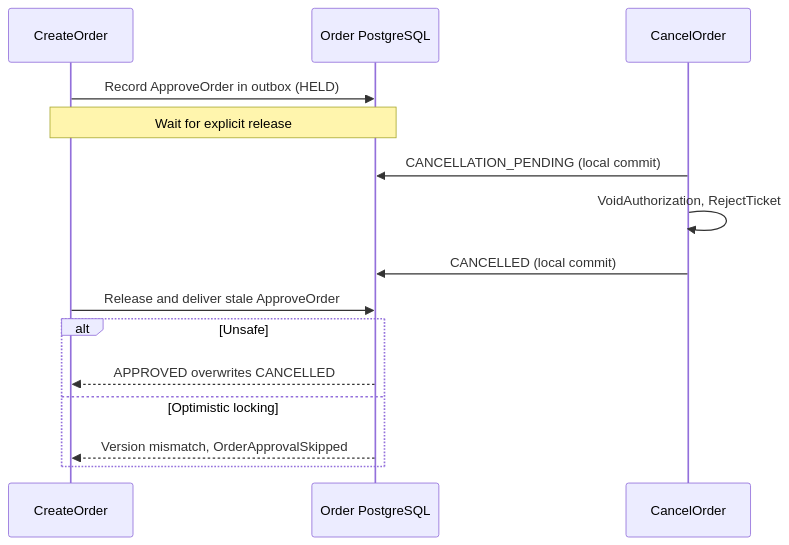
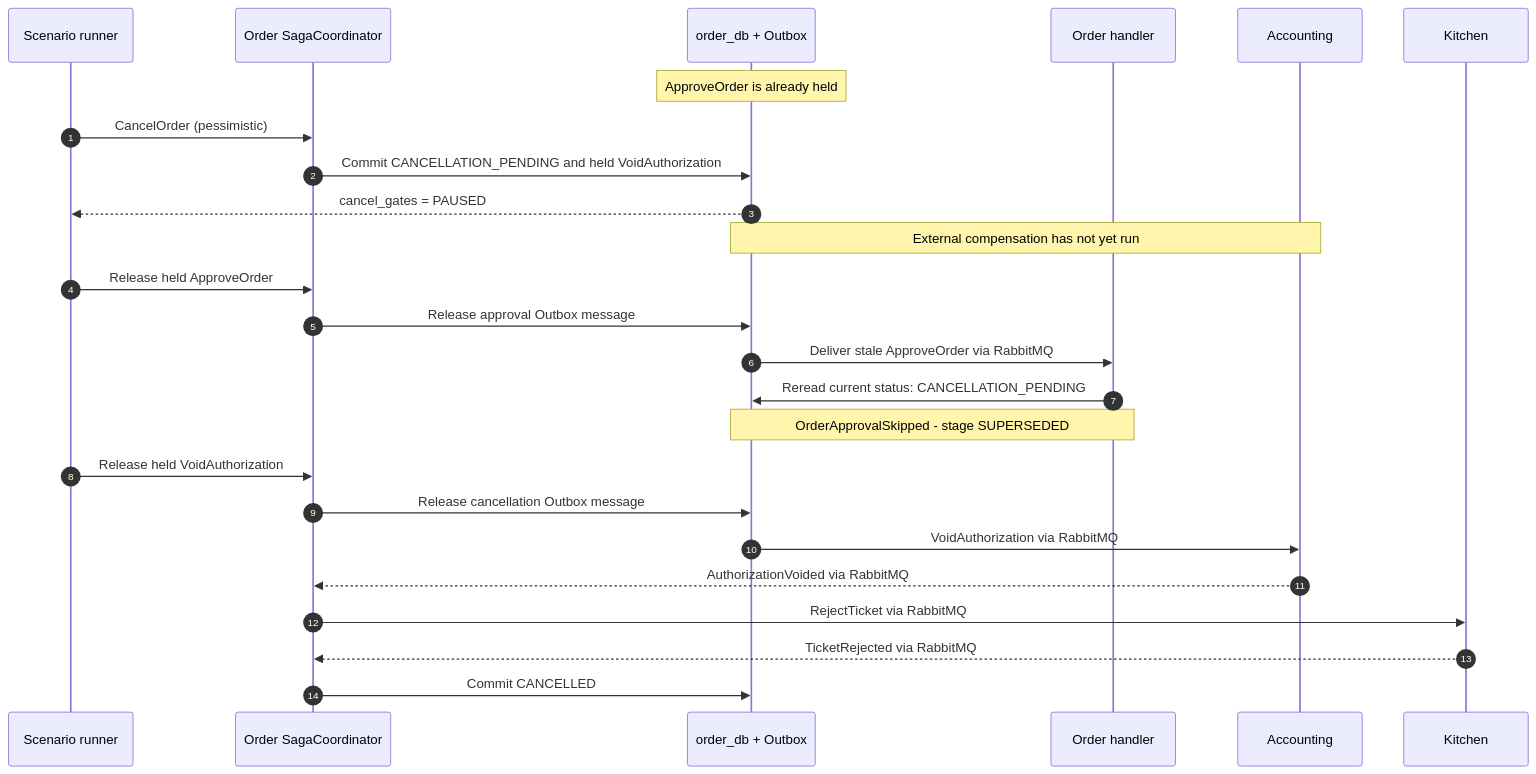
One commit to saverioieva/information-systems-design-big-data-examples changed the seventh of 8 diagrams in microservices-coordination-and-orchestration/saga-isolation/README.md. Above: the diagram before and after it, drawn with Mermaid. The commit also changed other lines of this file and 107 other files, not shown here.

````diff
--- a/microservices-coordination-and-orchestration/saga-isolation/README.md
+++ b/microservices-coordination-and-orchestration/saga-isolation/README.md
@@ -127,17 +383,27 @@
 ```mermaid
 sequenceDiagram
-    participant C as CreateOrder
-    participant DB as Order PostgreSQL
-    participant X as CancelOrder
-    C->>DB: Record ApproveOrder in outbox (HELD)
-    Note over C,DB: Wait for explicit release
-    X->>DB: CANCELLATION_PENDING (local commit)
-    X->>X: VoidAuthorization, RejectTicket
-    X->>DB: CANCELLED (local commit)
-    C->>DB: Release and deliver stale ApproveOrder
-    alt Unsafe
-        DB-->>C: APPROVED overwrites CANCELLED
-    else Optimistic locking
-        DB-->>C: Version mismatch, OrderApprovalSkipped
-    end
+    autonumber
+    participant Demo as Scenario runner
+    participant O as Order SagaCoordinator
+    participant DB as order_db + Outbox
+    participant H as Order handler
+    participant A as Accounting
+    participant K as Kitchen
+    Note over DB: ApproveOrder is already held
+    Demo->>O: CancelOrder (pessimistic)
+    O->>DB: Commit CANCELLATION_PENDING and held VoidAuthorization
+    DB-->>Demo: cancel_gates = PAUSED
+    Note over DB,A: External compensation has not yet run
+    Demo->>O: Release held ApproveOrder
+    O->>DB: Release approval Outbox message
+    DB->>H: Deliver stale ApproveOrder via RabbitMQ
+    H->>DB: Reread current status: CANCELLATION_PENDING
+    Note over H,DB: OrderApprovalSkipped - stage SUPERSEDED
+    Demo->>O: Release held VoidAuthorization
+    O->>DB: Release cancellation Outbox message
+    DB->>A: VoidAuthorization via RabbitMQ
+    A-->>O: AuthorizationVoided via RabbitMQ
+    O->>K: RejectTicket via RabbitMQ
+    K-->>O: TicketRejected via RabbitMQ
+    O->>DB: Commit CANCELLED
 ```
````
